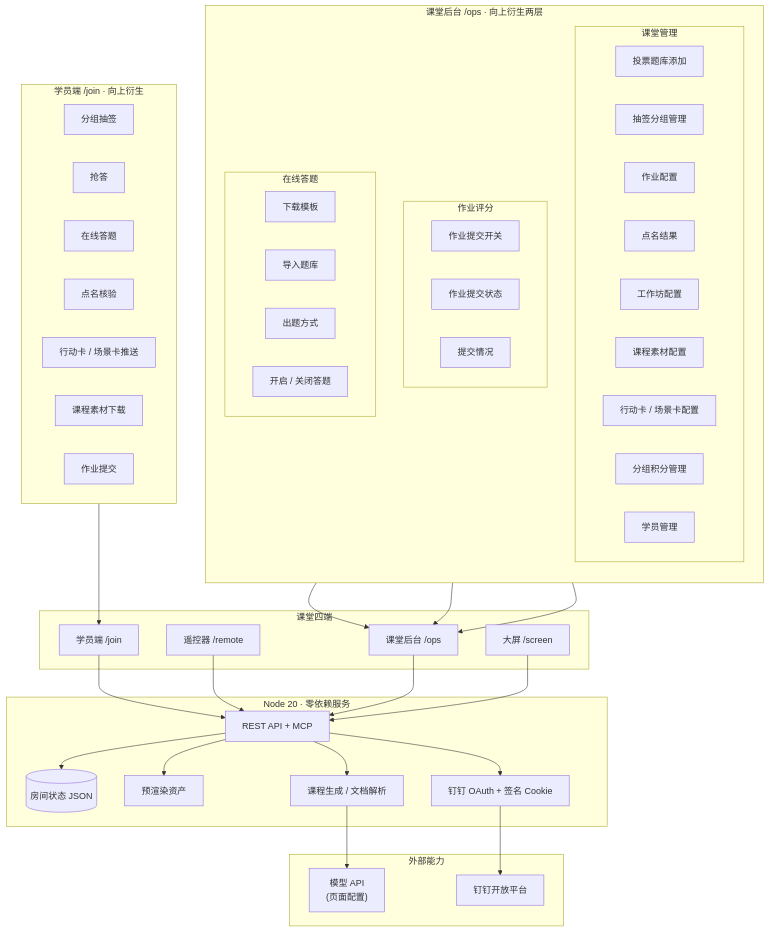
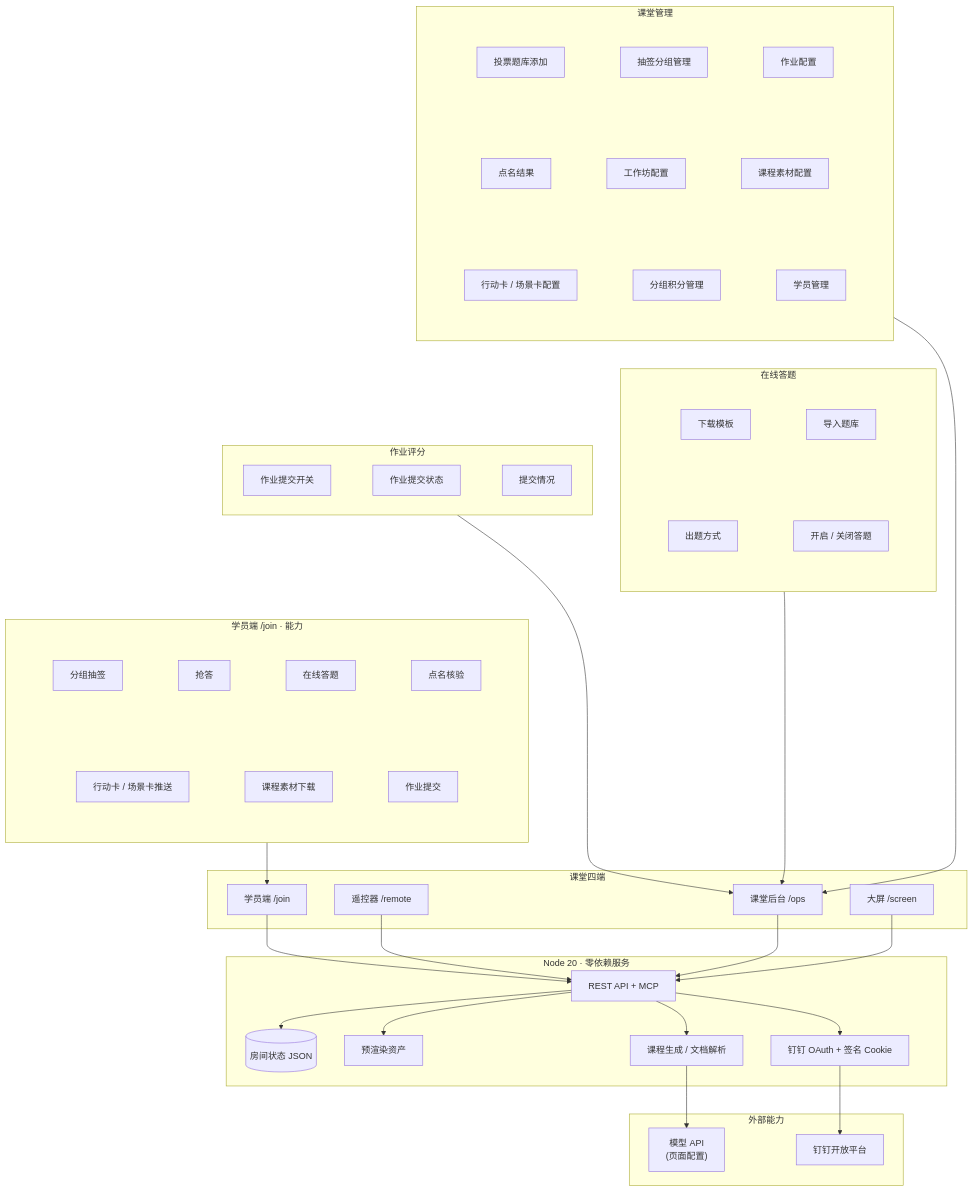
Before and after one commit to jorinyang/GTSCDT: the diagram in README.md, drawn with Mermaid.

Commit message:
docs: 架构图改为三层纵向堆叠，压缩页面宽度

````diff
--- a/README.md
+++ b/README.md
@@ -106,44 +106,57 @@
 ```mermaid
 flowchart TB
-  subgraph StudentCap["学员端 /join · 向上衍生"]
-    direction LR
-    S1["分组抽签"]
-    S2["抢答"]
-    S3["在线答题"]
-    S4["点名核验"]
-    S5["行动卡 / 场景卡推送"]
-    S6["课程素材下载"]
-    S7["作业提交"]
+  subgraph Manage["课堂管理"]
+    direction TB
+    subgraph MR1[" "]
+      direction LR
+      M1["投票题库添加"] ~~~ M2["抽签分组管理"] ~~~ M3["作业配置"]
+    end
+    subgraph MR2[" "]
+      direction LR
+      M4["点名结果"] ~~~ M5["工作坊配置"] ~~~ M6["课程素材配置"]
+    end
+    subgraph MR3[" "]
+      direction LR
+      M7["行动卡 / 场景卡配置"] ~~~ M8["分组积分管理"] ~~~ M9["学员管理"]
+    end
+    MR1 ~~~ MR2 ~~~ MR3
   end
 
-  subgraph AdminCap["课堂后台 /ops · 向上衍生两层"]
+  subgraph Grade["作业评分"]
+    direction LR
+    H1["作业提交开关"] ~~~ H2["作业提交状态"] ~~~ H3["提交情况"]
+  end
+
+  subgraph QuizCfg["在线答题"]
     direction TB
-    subgraph Manage["课堂管理"]
+    subgraph QR1[" "]
       direction LR
-      M1["投票题库添加"]
-      M2["抽签分组管理"]
-      M3["作业配置"]
-      M4["点名结果"]
-      M5["工作坊配置"]
-      M6["课程素材配置"]
-      M7["行动卡 / 场景卡配置"]
-      M8["分组积分管理"]
-      M9["学员管理"]
+      Q1["下载模板"] ~~~ Q2["导入题库"]
     end
-    subgraph Grade["作业评分"]
+    subgraph QR2[" "]
       direction LR
-      H1["作业提交开关"]
-      H2["作业提交状态"]
-      H3["提交情况"]
+      Q3["出题方式"] ~~~ Q4["开启 / 关闭答题"]
     end
-    subgraph QuizCfg["在线答题"]
+    QR1 ~~~ QR2
+  end
+
+  subgraph StudentCap["学员端 /join · 能力"]
+    direction TB
+    subgraph SR1[" "]
       direction LR
-      Q1["下载模板"]
-      Q2["导入题库"]
-      Q3["出题方式"]
-      Q4["开启 / 关闭答题"]
+      S1["分组抽签"] ~~~ S2["抢答"] ~~~ S3["在线答题"] ~~~ S4["点名核验"]
     end
+    subgraph SR2[" "]
+      direction LR
+      S5["行动卡 / 场景卡推送"] ~~~ S6["课程素材下载"] ~~~ S7["作业提交"]
+    end
+    SR1 ~~~ SR2
   end
+
+  Manage ~~~ Grade
+  Manage ~~~ QuizCfg
+  Grade ~~~ StudentCap
+  QuizCfg ~~~ StudentCap
 
   subgraph Client["课堂四端"]
     S["学员端 /join"]
@@ -151,6 +164,11 @@
     O["课堂后台 /ops"]
     P["大屏 /screen"]
   end
+
+  Manage --> O
+  Grade --> O
+  QuizCfg --> O
+  StudentCap --> S
 
   subgraph Core["Node 20 · 零依赖服务"]
     API["REST API + MCP"]
@@ -166,10 +184,6 @@
     DING["钉钉开放平台"]
   end
 
-  StudentCap --> S
-  Manage --> O
-  Grade --> O
-  QuizCfg --> O
   S --> API
   R --> API
   O --> API
@@ -180,4 +194,12 @@
   API --> AUTH
   GEN --> LLM
   AUTH --> DING
+
+  style MR1 fill:transparent,stroke:transparent
+  style MR2 fill:transparent,stroke:transparent
+  style MR3 fill:transparent,stroke:transparent
+  style QR1 fill:transparent,stroke:transparent
+  style QR2 fill:transparent,stroke:transparent
+  style SR1 fill:transparent,stroke:transparent
+  style SR2 fill:transparent,stroke:transparent
 ```
````
